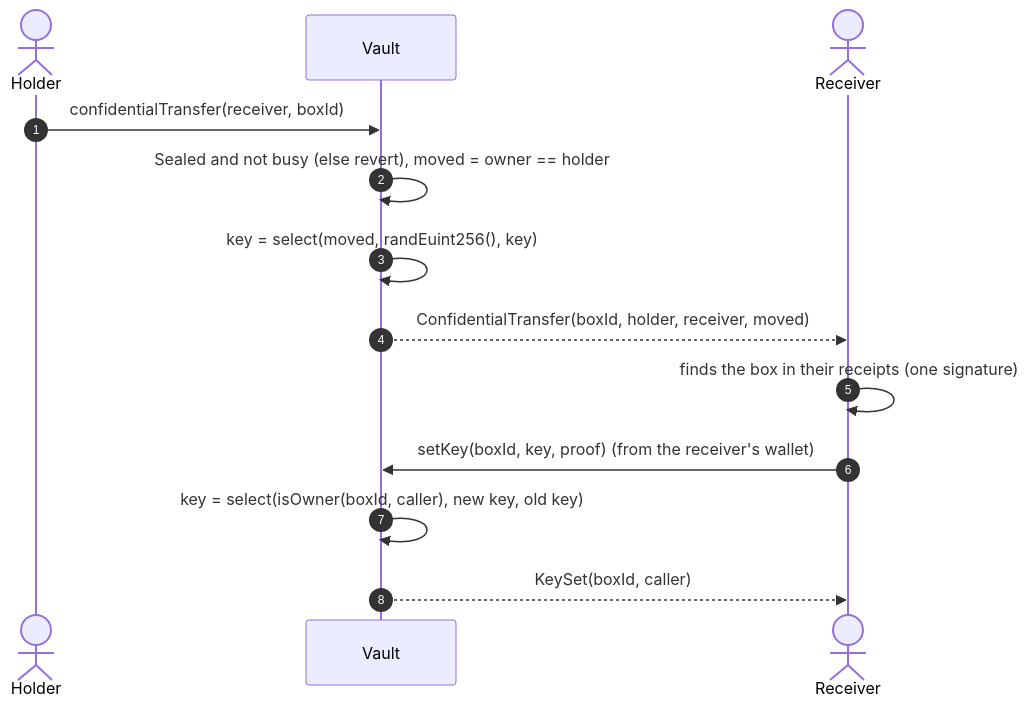
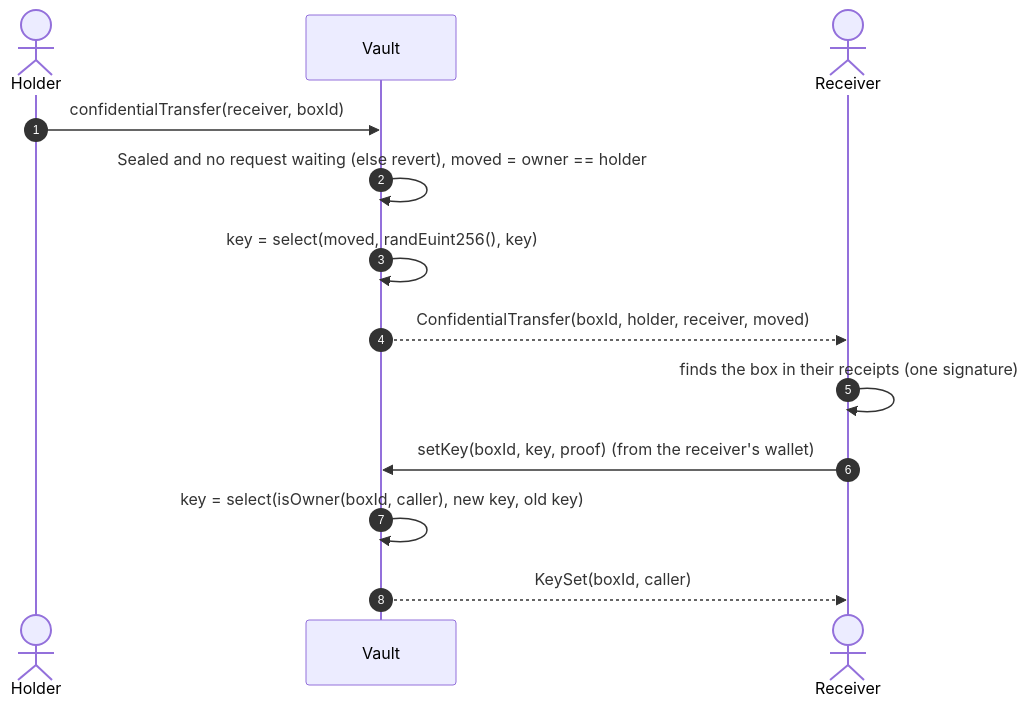
Before and after one commit to jecombe/do_not_open: the eighth of 8 diagrams in docs/VAULT.md, drawn with Mermaid. The commit also changed other lines of this file and 35 other files, not shown here.

````diff
--- a/docs/VAULT.md
+++ b/docs/VAULT.md
@@ -265,15 +308,15 @@
 ```mermaid
 sequenceDiagram
   autonumber
   actor A as Holder
   participant V as Vault
   actor C as Receiver
   A->>V: confidentialTransfer(receiver, boxId)
-  V->>V: Sealed and not busy (else revert), moved = owner == holder
+  V->>V: Sealed and no request waiting (else revert), moved = owner == holder
   V->>V: key = select(moved, randEuint256(), key)
   V-->>C: ConfidentialTransfer(boxId, holder, receiver, moved)
   C->>C: finds the box in their receipts (one signature)
   C->>V: setKey(boxId, key, proof) (from the receiver's wallet)
   V->>V: key = select(isOwner(boxId, caller), new key, old key)
   V-->>C: KeySet(boxId, caller)
 ```
````
